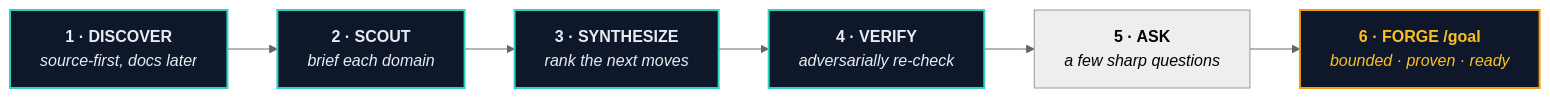
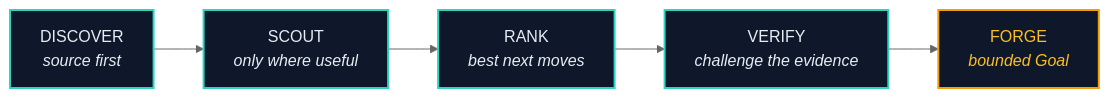
The diagram in README.md (chrisduvillard/pathfinder-skill), drawn with Mermaid (neutral theme) before and after one commit. The commit also changed other lines of this file and 10 other files, not shown here.

````diff
--- a/README.md
+++ b/README.md
@@ -119,16 +106,12 @@
 ```mermaid
 flowchart LR
-    A["<b>1 · DISCOVER</b><br/><i>source-first, docs later</i>"]
-    B["<b>2 · SCOUT</b><br/><i>brief each domain</i>"]
-    C["<b>3 · SYNTHESIZE</b><br/><i>rank the next moves</i>"]
-    V["<b>4 · VERIFY</b><br/><i>adversarially re-check</i>"]
-    D["<b>5 · ASK</b><br/><i>a few sharp questions</i>"]
-    E["<b>6 · FORGE /goal</b><br/><i>bounded · proven · ready</i>"]
-
-    A --> B --> C --> V --> D --> E
+    A["DISCOVER<br/><i>source first</i>"] --> B["SCOUT<br/><i>only where useful</i>"]
+    B --> C["RANK<br/><i>best next moves</i>"]
+    C --> D["VERIFY<br/><i>challenge the evidence</i>"]
+    D --> E["FORGE<br/><i>bounded Goal</i>"]
 
     classDef step fill:#0F172A,stroke:#2DD4BF,stroke-width:2px,color:#E6EDF3;
     classDef forge fill:#0F172A,stroke:#F59E0B,stroke-width:2px,color:#FBBF24;
-    class A,B,C,V step;
+    class A,B,C,D step;
     class E forge;
 ```
````
